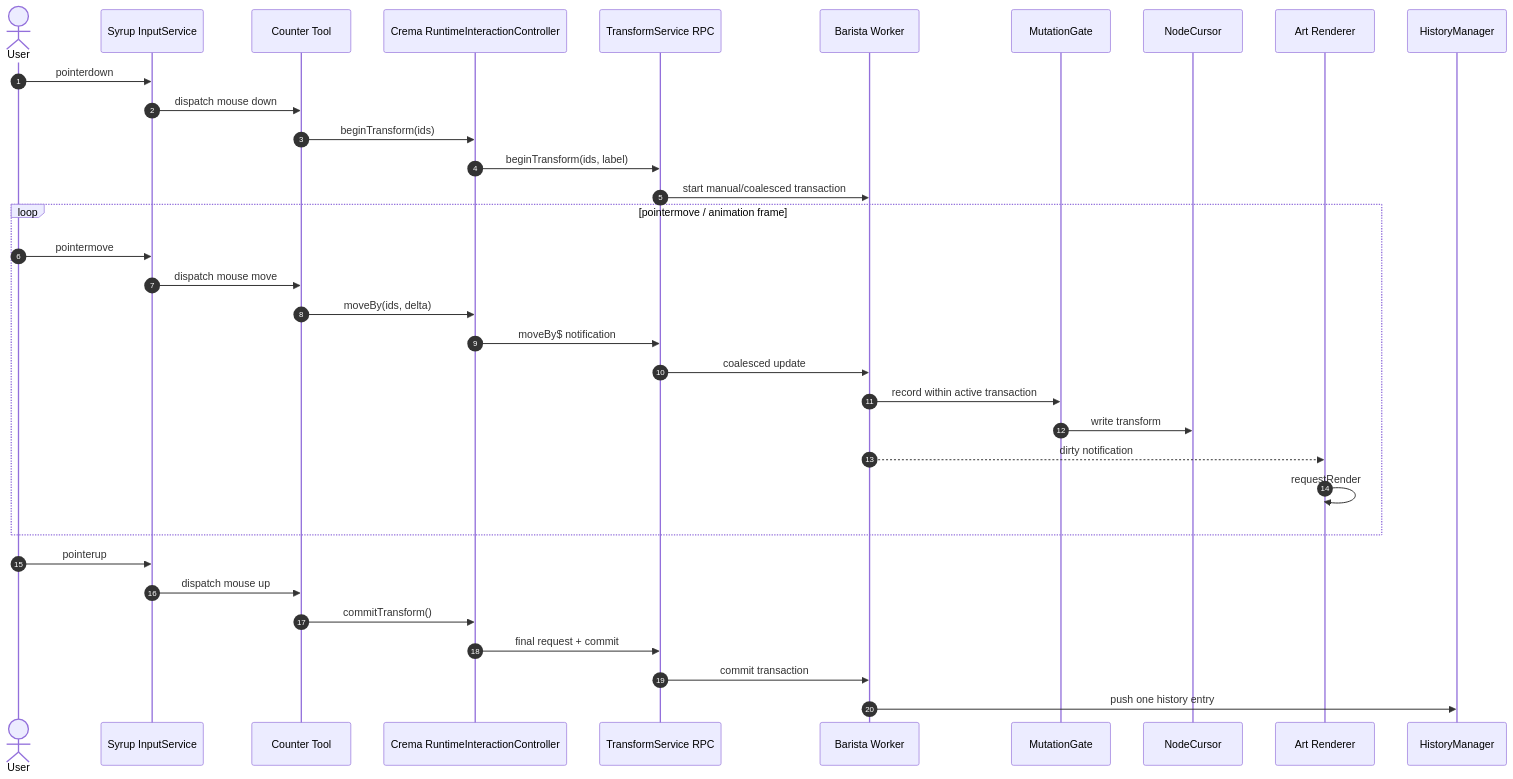
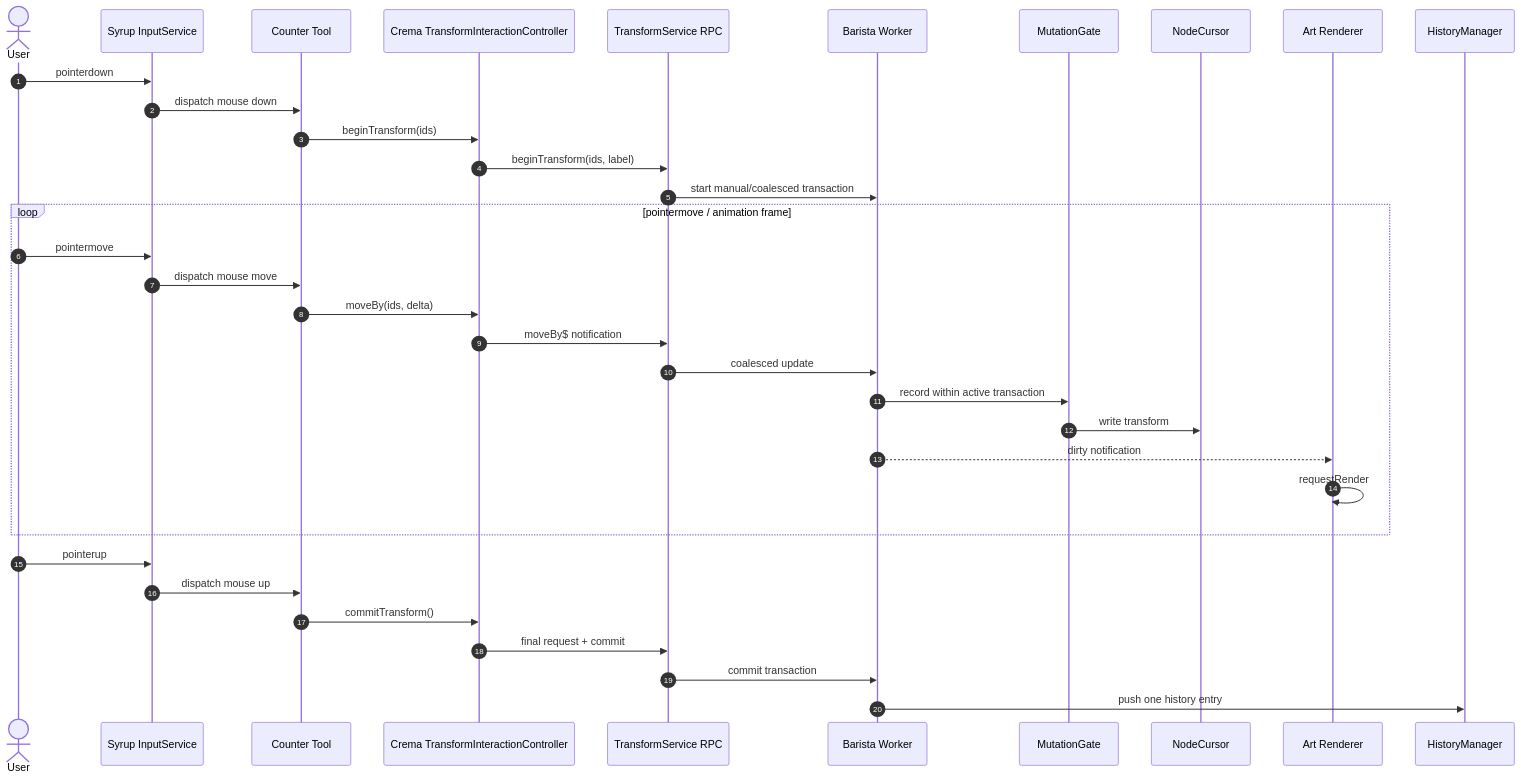
Before and after one commit to DrugsZ/Latte: the sixth of 6 diagrams in docs/architecture-blueprint.zh-CN.md, drawn with Mermaid. The commit also changed other lines of this file and 64 other files, not shown here.

````diff
--- a/docs/architecture-blueprint.zh-CN.md
+++ b/docs/architecture-blueprint.zh-CN.md
@@ -342,39 +342,39 @@
 ```mermaid
 sequenceDiagram
     autonumber
     actor User
     participant Input as Syrup InputService
     participant Tool as Counter Tool
-    participant Interaction as Crema RuntimeInteractionController
+    participant Interaction as Crema TransformInteractionController
     participant Transform as TransformService RPC
     participant Worker as Barista Worker
     participant Gate as MutationGate
     participant Cursor as NodeCursor
     participant Render as Art Renderer
     participant History as HistoryManager
 
     User->>Input: pointerdown
     Input->>Tool: dispatch mouse down
     Tool->>Interaction: beginTransform(ids)
     Interaction->>Transform: beginTransform(ids, label)
     Transform->>Worker: start manual/coalesced transaction
 
     loop pointermove / animation frame
         User->>Input: pointermove
         Input->>Tool: dispatch mouse move
         Tool->>Interaction: moveBy(ids, delta)
         Interaction->>Transform: moveBy$ notification
         Transform->>Worker: coalesced update
         Worker->>Gate: record within active transaction
         Gate->>Cursor: write transform
         Worker-->>Render: dirty notification
         Render->>Render: requestRender
     end
 
     User->>Input: pointerup
     Input->>Tool: dispatch mouse up
     Tool->>Interaction: commitTransform()
     Interaction->>Transform: final request + commit
     Transform->>Worker: commit transaction
     Worker->>History: push one history entry
 ```
````
